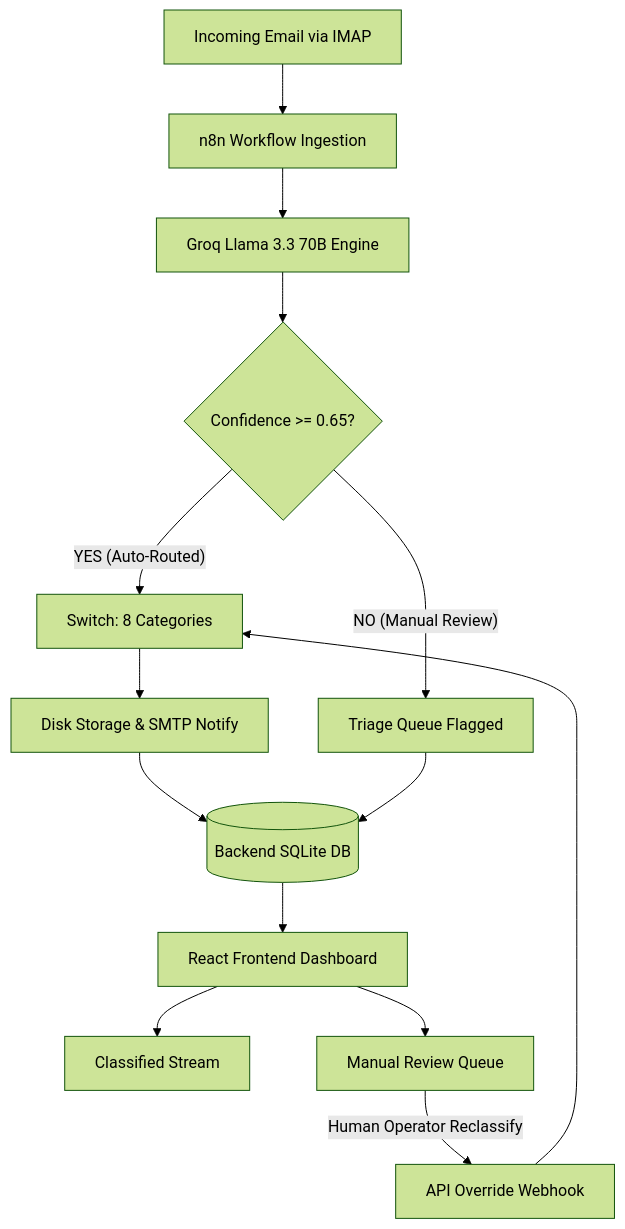
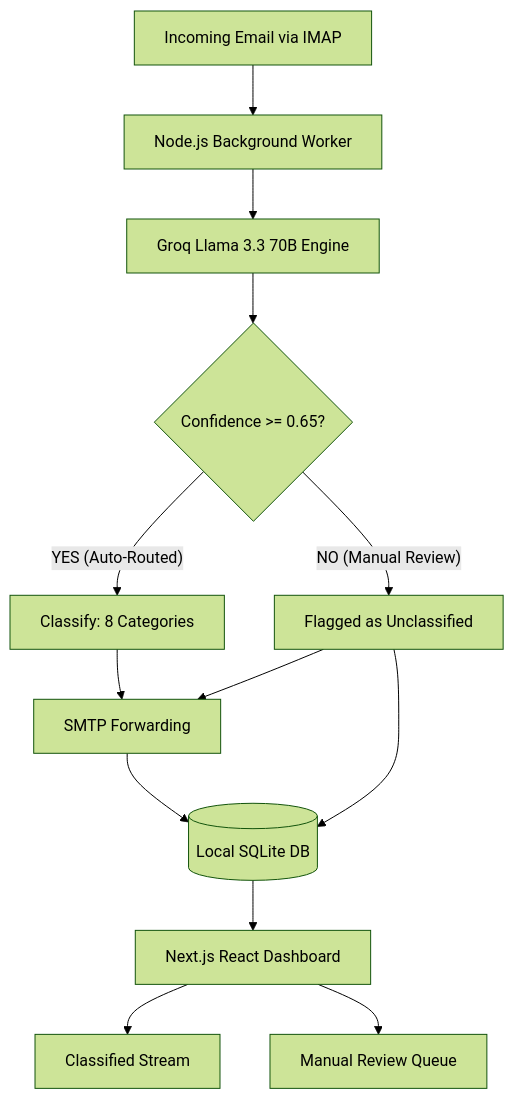
Before and after one commit to Aashif786/Email_Automation: the diagram in README.md, drawn with Mermaid (forest theme). The commit also changed other lines of this file and 34 other files, not shown here.

````diff
--- a/README.md
+++ b/README.md
@@ -16,20 +13,18 @@
 ```mermaid
 graph TD
-    A[Incoming Email via IMAP] --> B[n8n Workflow Ingestion]
+    A[Incoming Email via IMAP] --> B[Node.js Background Worker]
     B --> C[Groq Llama 3.3 70B Engine]
     C --> D{Confidence >= 0.65?}
     
-    D -- YES (Auto-Routed) --> E[Switch: 8 Categories]
-    E --> F[Disk Storage & SMTP Notify]
-    F --> G[(Backend SQLite DB)]
+    D -- YES (Auto-Routed) --> E[Classify: 8 Categories]
+    E --> F[SMTP Forwarding]
+    F --> G[(Local SQLite DB)]
     
-    D -- NO (Manual Review) --> H[Triage Queue Flagged]
+    D -- NO (Manual Review) --> H[Flagged as Unclassified]
     H --> G
+    H --> F
     
-    G --> I[React Frontend Dashboard]
+    G --> I[Next.js React Dashboard]
     I --> J[Classified Stream]
     I --> K[Manual Review Queue]
-    
-    K -- Human Operator Reclassify --> L[API Override Webhook]
-    L --> E
 ```
````
